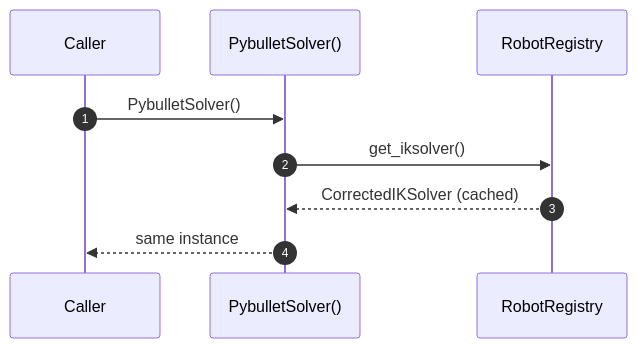
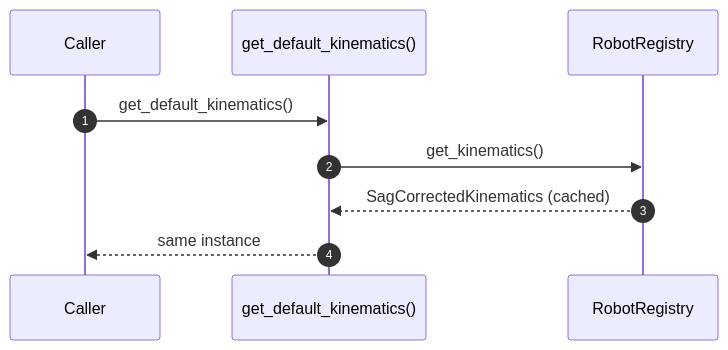
Before and after one commit to zzingobomi/horibot: the ninth of 10 diagrams in docs/multi_robot_walkthrough.md, drawn with Mermaid. The commit also changed other lines of this file and 36 other files, not shown here.

Commit message:
feat: iksolver -> kinematics 로 네이밍 변경

````diff
--- a/docs/multi_robot_walkthrough.md
+++ b/docs/multi_robot_walkthrough.md
@@ -404,11 +404,11 @@
 ```mermaid
 sequenceDiagram
     autonumber
     participant Caller
-    participant Facade as PybulletSolver()
+    participant Facade as get_default_kinematics()
     participant Reg as RobotRegistry
-    Caller->>Facade: PybulletSolver()
-    Facade->>Reg: get_iksolver()
-    Reg-->>Facade: CorrectedIKSolver (cached)
+    Caller->>Facade: get_default_kinematics()
+    Facade->>Reg: get_kinematics()
+    Reg-->>Facade: SagCorrectedKinematics (cached)
     Facade-->>Caller: same instance
 ```
````
